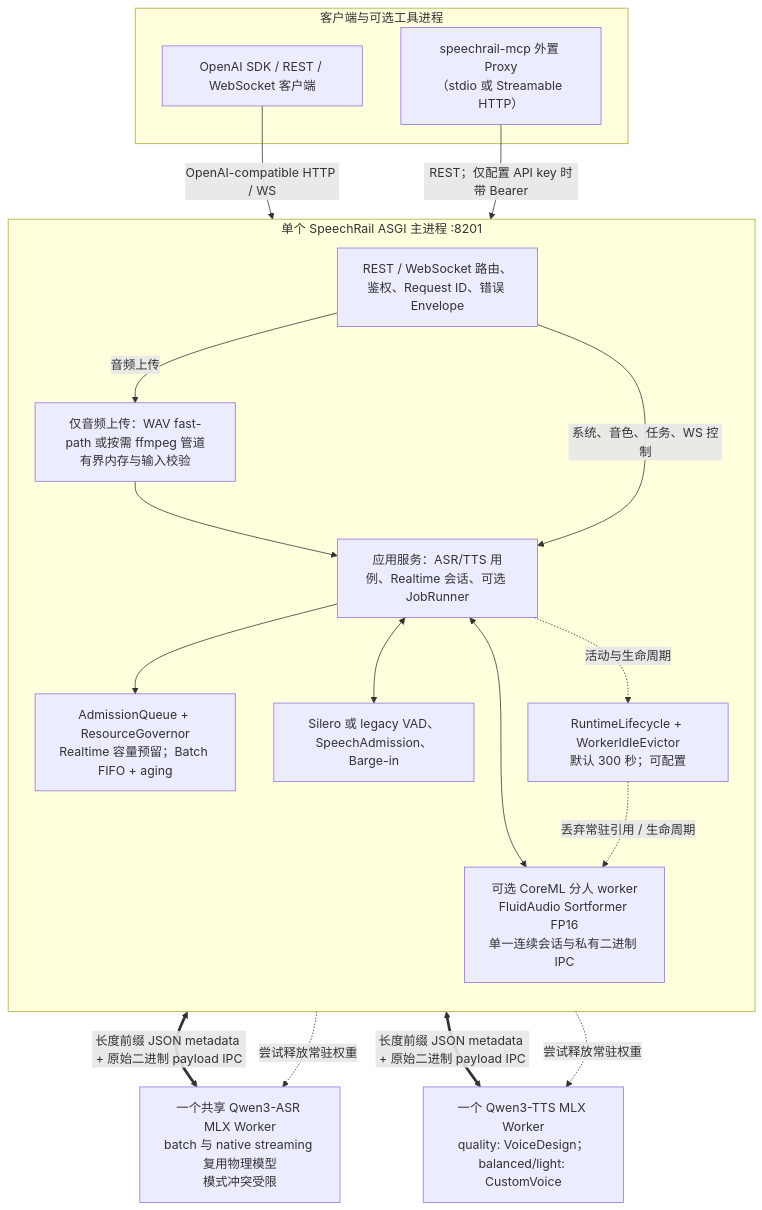
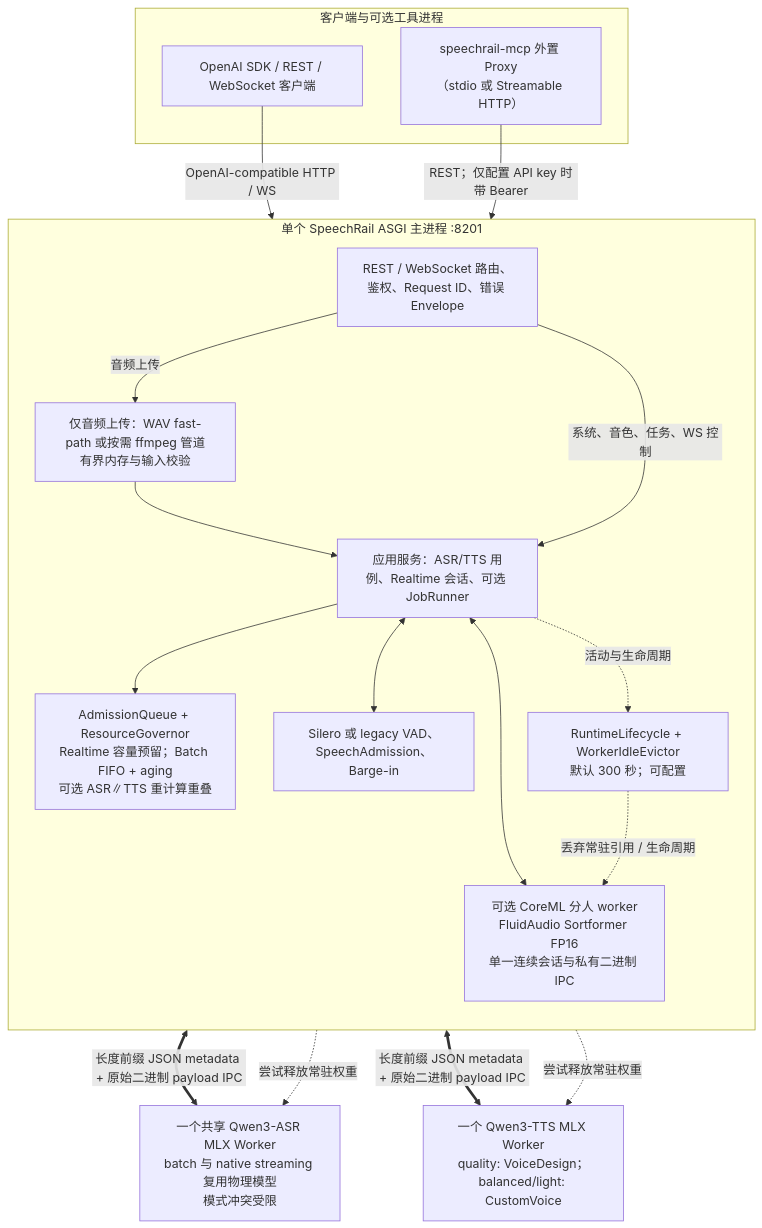
One commit to hrygo/SpeechRail changed the first of 2 diagrams in docs/architecture/architecture.md. Above: the diagram before and after it, drawn with Mermaid. The commit also changed other lines of this file and 5 other files, not shown here.

First line of the commit message:
docs(arch): document configurable ASR/TTS heavy-compute overlap

````diff
--- a/docs/architecture/architecture.md
+++ b/docs/architecture/architecture.md
@@ -15,36 +15,36 @@
 ```mermaid
 flowchart TD
     subgraph Clients["客户端与可选工具进程"]
         SDK["OpenAI SDK / REST / WebSocket 客户端"]
         MCP["speechrail-mcp 外置 Proxy<br/>（stdio 或 Streamable HTTP）"]
     end
 
     subgraph Host["单个 SpeechRail ASGI 主进程 :8201"]
         direction TB
         Ingress["REST / WebSocket 路由、鉴权、Request ID、错误 Envelope"]
         Decode["仅音频上传：WAV fast-path 或按需 ffmpeg 管道<br/>有界内存与输入校验"]
         App["应用服务：ASR/TTS 用例、Realtime 会话、可选 JobRunner"]
-        Admit["AdmissionQueue + ResourceGovernor<br/>Realtime 容量预留；Batch FIFO + aging"]
+        Admit["AdmissionQueue + ResourceGovernor<br/>Realtime 容量预留；Batch FIFO + aging<br/>可选 ASR∥TTS 重计算重叠"]
         VAD["Silero 或 legacy VAD、SpeechAdmission、Barge-in"]
         Diar["可选 CoreML 分人 worker<br/>FluidAudio Sortformer FP16<br/>单一连续会话与私有二进制 IPC"]
         Life["RuntimeLifecycle + WorkerIdleEvictor<br/>默认 300 秒；可配置"]
 
         Ingress -->|音频上传| Decode --> App
         Ingress -->|系统、音色、任务、WS 控制| App
         App --> Admit
         App <--> VAD
         App <--> Diar
         App -. 活动与生命周期 .-> Life
     end
 
     ASR["一个共享 Qwen3-ASR MLX Worker<br/>batch 与 native streaming 复用物理模型<br/>模式冲突受限"]
     TTS["一个 Qwen3-TTS MLX Worker<br/>quality: VoiceDesign；balanced/light: CustomVoice"]
 
     SDK -->|OpenAI-compatible HTTP / WS| Ingress
     MCP -->|REST；仅配置 API key 时带 Bearer| Ingress
     App <==>|"长度前缀 JSON metadata + 原始二进制 payload IPC"| ASR
     App <==>|"长度前缀 JSON metadata + 原始二进制 payload IPC"| TTS
     Life -. 尝试释放常驻权重 .-> ASR
     Life -. 尝试释放常驻权重 .-> TTS
     Life -. 丢弃常驻引用 / 生命周期 .-> Diar
 ```
````
